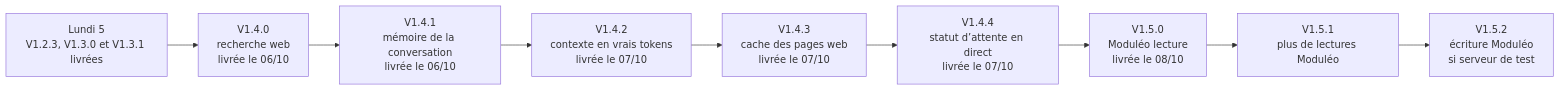
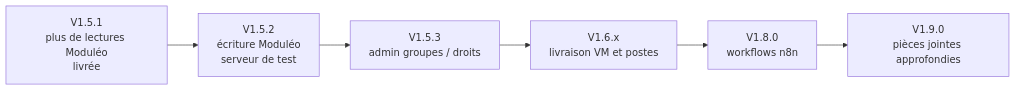
The third of 3 diagrams in README.md (UlyssouLV/BBASS-Agents-IA), drawn with Mermaid before and after one commit. The commit also changed other lines of this file and 230 other files, not shown here.

First line of the commit message:
V1.5.1 — Lire plus de données Moduléo depuis le chat (#196)

````diff
--- a/README.md
+++ b/README.md
@@ -162,11 +161,8 @@
 ```mermaid
 flowchart LR
-  L05["Lundi 5<br/>V1.2.3, V1.3.0 et V1.3.1 livrées"] --> V140["V1.4.0<br/>recherche web<br/>livrée le 06/10"]
-  V140 --> V141["V1.4.1<br/>mémoire de la conversation<br/>livrée le 06/10"]
-  V141 --> V142["V1.4.2<br/>contexte en vrais tokens<br/>livrée le 07/10"]
-  V142 --> V143["V1.4.3<br/>cache des pages web<br/>livrée le 07/10"]
-  V143 --> V144["V1.4.4<br/>statut d’attente en direct<br/>livrée le 07/10"]
-  V144 --> V150["V1.5.0<br/>Moduléo lecture<br/>livrée le 08/10"]
-  V150 --> V151["V1.5.1<br/>plus de lectures Moduléo"]
-  V151 --> V152["V1.5.2<br/>écriture Moduléo<br/>si serveur de test"]
+  V151["V1.5.1<br/>plus de lectures Moduléo<br/>livrée"] --> V152["V1.5.2<br/>écriture Moduléo<br/>serveur de test"]
+  V152 --> V153["V1.5.3<br/>admin groupes / droits"]
+  V153 --> V16x["V1.6.x<br/>livraison VM et postes"]
+  V16x --> V180["V1.8.0<br/>workflows n8n"]
+  V180 --> V190["V1.9.0<br/>pièces jointes approfondies"]
 ```
````
